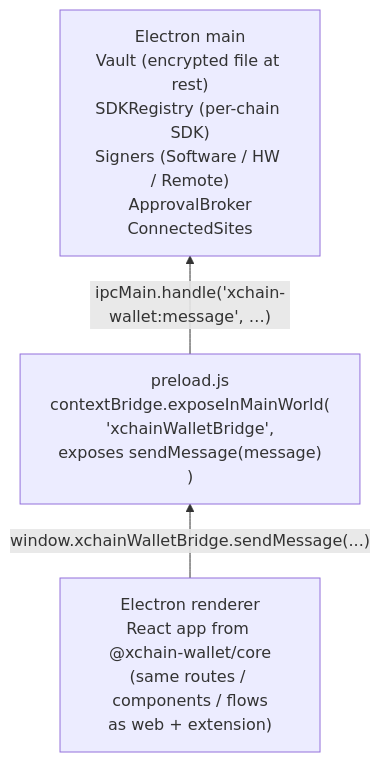
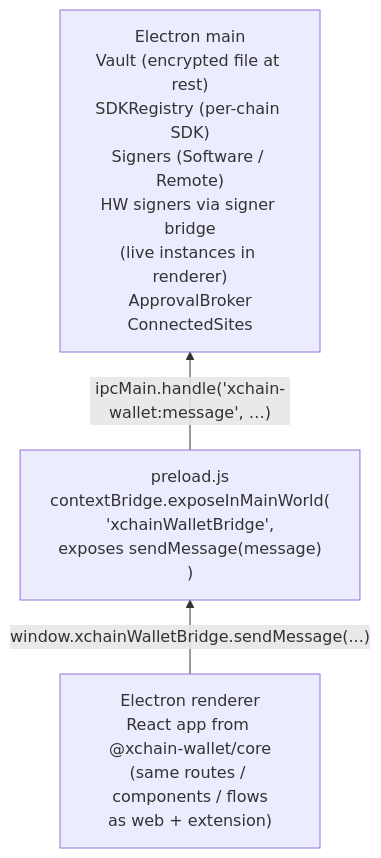
The diagram in components/wallet/shell-desktop.md (XChain-Platform/xchain-documentation), drawn with Mermaid before and after one commit. The commit also changed other lines of this file and 29 other files, not shown here.

````diff
--- a/components/wallet/shell-desktop.md
+++ b/components/wallet/shell-desktop.md
@@ -12,9 +12,9 @@
 ```mermaid
 flowchart BT
     RENDERER["Electron renderer<br>React app from @xchain-wallet/core<br>(same routes / components / flows<br>as web + extension)"]
     PRELOAD["preload.js<br>contextBridge.exposeInMainWorld(<br>'xchainWalletBridge',<br>exposes sendMessage(message)<br>)"]
-    MAIN["Electron main<br>Vault (encrypted file at rest)<br>SDKRegistry (per-chain SDK)<br>Signers (Software / HW / Remote)<br>ApprovalBroker<br>ConnectedSites"]
+    MAIN["Electron main<br>Vault (encrypted file at rest)<br>SDKRegistry (per-chain SDK)<br>Signers (Software / Remote)<br>HW signers via signer bridge<br>(live instances in renderer)<br>ApprovalBroker<br>ConnectedSites"]
 
     RENDERER -->|"window.xchainWalletBridge.sendMessage(...)"| PRELOAD
     PRELOAD -->|"ipcMain.handle('xchain-wallet:message', …)"| MAIN
 ```
````
